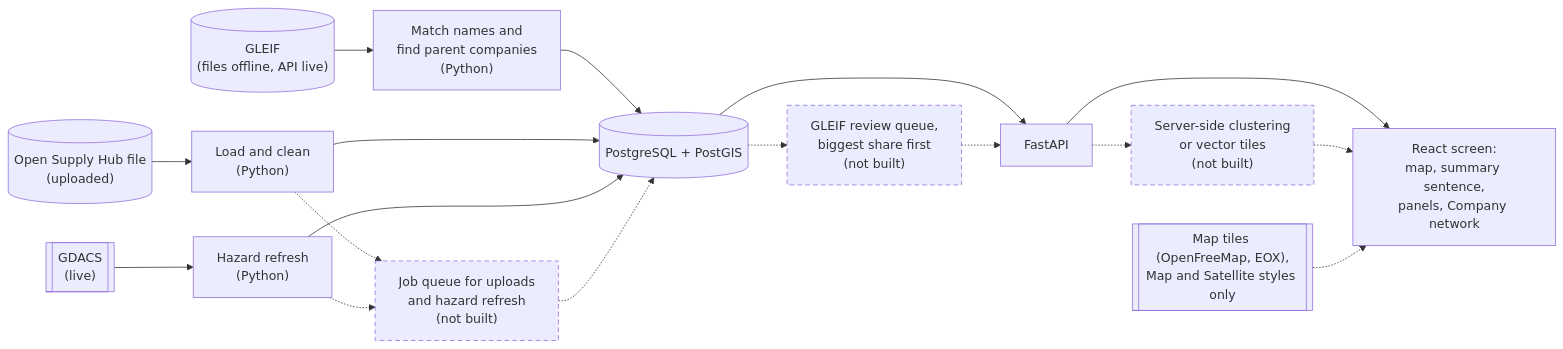
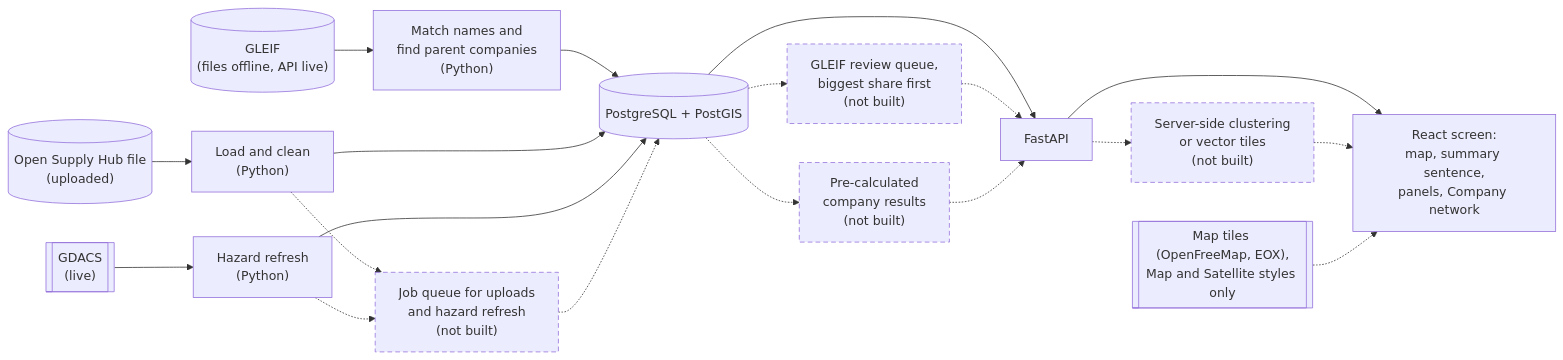
One commit to abhifourkites/geo-risk.ai changed the first of 3 diagrams in docs/architecture/ARCHITECTURE.md. Above: the diagram before and after it, drawn with Mermaid. The commit also changed other lines of this file, not shown here.

First line of the commit message:
MDM-3: ARCHITECTURE section 5: what breaks first at 50x, and how we would know

````diff
--- a/docs/architecture/ARCHITECTURE.md
+++ b/docs/architecture/ARCHITECTURE.md
@@ -11,23 +11,26 @@
 ```mermaid
 flowchart LR
   gleif[("GLEIF<br/>(files offline, API live)")] --> match["Match names and<br/>find parent companies<br/>(Python)"]
   osh[("Open Supply Hub file<br/>(uploaded)")] --> load["Load and clean<br/>(Python)"]
   gdacs[["GDACS<br/>(live)"]] --> refresh["Hazard refresh<br/>(Python)"]
   match --> db[("PostgreSQL + PostGIS")]
   load --> db
   refresh --> db
   queue["Job queue for uploads<br/>and hazard refresh<br/>(not built)"]:::nb
   load -.-> queue
   refresh -.-> queue
   queue -.-> db
   db --> api["FastAPI"]
   review["GLEIF review queue,<br/>biggest share first<br/>(not built)"]:::nb
   db -.-> review
   review -.-> api
+  precalc["Pre-calculated<br/>company results<br/>(not built)"]:::nb
+  db -.-> precalc
+  precalc -.-> api
   api --> ui["React screen:<br/>map, summary sentence,<br/>panels, Company network"]
   clusters["Server-side clustering<br/>or vector tiles<br/>(not built)"]:::nb
   api -.-> clusters
   clusters -.-> ui
   tiles[["Map tiles (OpenFreeMap, EOX),<br/>Map and Satellite styles only"]] -.-> ui
   classDef nb stroke-dasharray: 6 4
 ```
````
